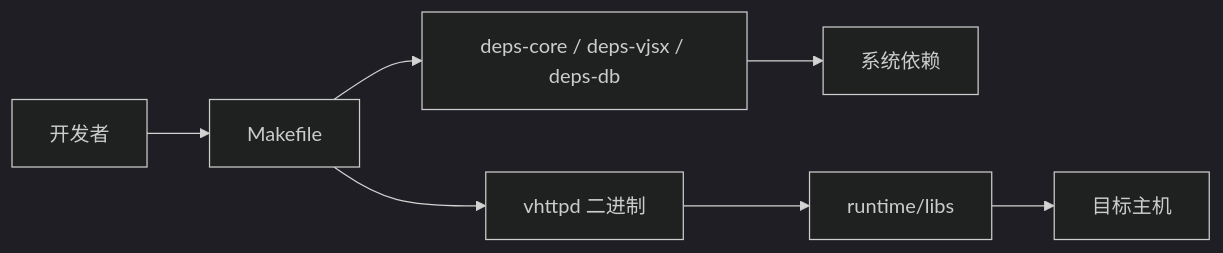
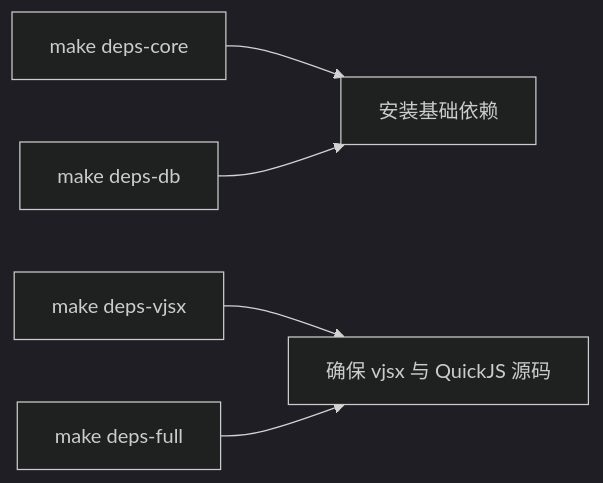
One commit to guweigang/vhttpd changed the fifth of 5 diagrams in .qoder/repowiki/zh/content/快速开始.md. Above: the diagram before and after it, drawn with Mermaid (dark theme). The commit also changed other lines of this file and 697 other files, not shown here.

````diff
--- a/.qoder/repowiki/zh/content/快速开始.md
+++ b/.qoder/repowiki/zh/content/快速开始.md
@@ -312,9 +178,7 @@
 ```mermaid
-graph LR
-Dev["开发者"] --> M["Makefile"]
-M --> D1["deps-core / deps-vjsx / deps-db"]
-D1 --> Sys["系统依赖"]
-M --> B["vhttpd 二进制"]
-B --> R["runtime/libs"]
-R --> Host["目标主机"]
+flowchart LR
+A["make deps-core"] --> B["安装基础依赖"]
+C["make deps-vjsx"] --> D["确保 vjsx 与 QuickJS 源码"]
+E["make deps-db"] --> B
+F["make deps-full"] --> D
 ```
````
